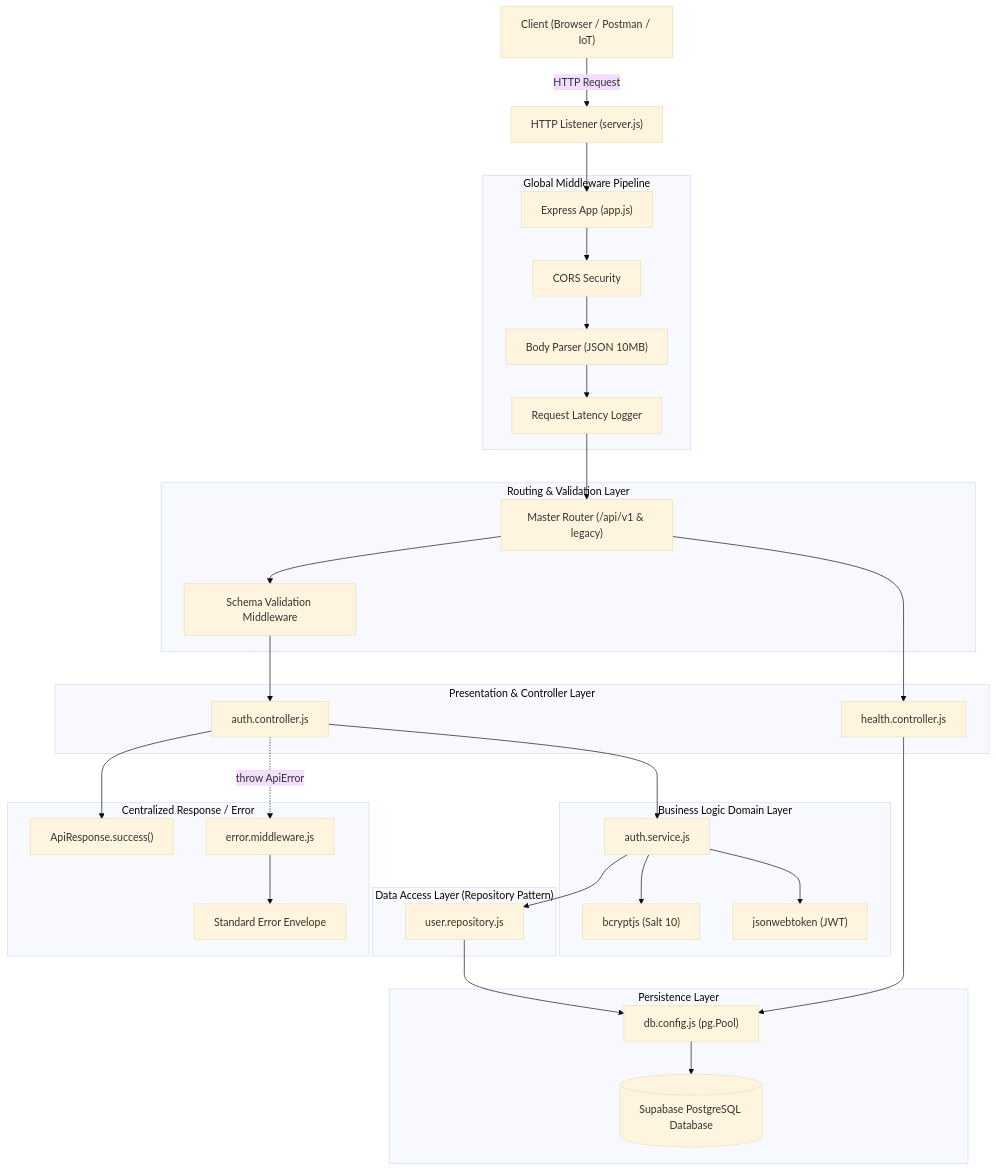
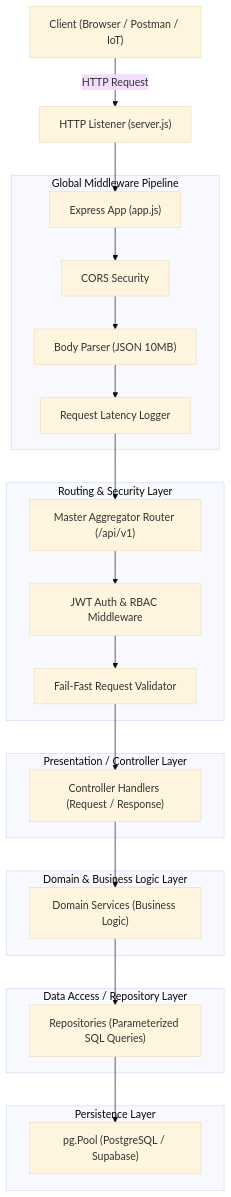
The diagram in tera-backend/README.md (adyvka31/TerasTani), drawn with Mermaid (base theme) before and after one commit. The commit also changed other lines of this file and 8 other files, not shown here.

````diff
--- a/tera-backend/README.md
+++ b/tera-backend/README.md
@@ -91,43 +126,33 @@
 ```mermaid
 flowchart TD
     Client["Client (Browser / Postman / IoT)"] -->|HTTP Request| Server["HTTP Listener (server.js)"]
     Server --> ExpressApp["Express App (app.js)"]
-    
+
     subgraph Middlewares ["Global Middleware Pipeline"]
         ExpressApp --> CORS["CORS Security"]
         CORS --> Parsers["Body Parser (JSON 10MB)"]
         Parsers --> Logger["Request Latency Logger"]
     end
-    
-    subgraph Routing ["Routing & Validation Layer"]
-        Logger --> MasterRouter["Master Router (/api/v1 & legacy)"]
-        MasterRouter --> ValMW["Schema Validation Middleware"]
+
+    subgraph Routing ["Routing & Security Layer"]
+        Logger --> Router["Master Aggregator Router (/api/v1)"]
+        Router --> AuthMW["JWT Auth & RBAC Middleware"]
+        AuthMW --> Validator["Fail-Fast Request Validator"]
     end
-    
-    subgraph Controllers ["Presentation & Controller Layer"]
-        ValMW --> AuthCtrl["auth.controller.js"]
-        MasterRouter --> HealthCtrl["health.controller.js"]
+
+    subgraph Controllers ["Presentation / Controller Layer"]
+        Validator --> Controller["Controller Handlers (Request / Response)"]
     end
-    
-    subgraph Services ["Business Logic Domain Layer"]
-        AuthCtrl --> AuthService["auth.service.js"]
-        AuthService --> Encrypt["bcryptjs (Salt 10)"]
-        AuthService --> TokenGen["jsonwebtoken (JWT)"]
+
+    subgraph Services ["Domain & Business Logic Layer"]
+        Controller --> Service["Domain Services (Business Logic)"]
     end
-    
-    subgraph Repositories ["Data Access Layer (Repository Pattern)"]
-        AuthService --> UserRepo["user.repository.js"]
+
+    subgraph Repositories ["Data Access / Repository Layer"]
+        Service --> Repo["Repositories (Parameterized SQL Queries)"]
     end
-    
+
     subgraph Database ["Persistence Layer"]
-        UserRepo --> DBConfig["db.config.js (pg.Pool)"]
-        HealthCtrl --> DBConfig
-        DBConfig --> Supabase[("Supabase PostgreSQL Database")]
-    end
-    
-    subgraph Handling ["Centralized Response / Error"]
-        AuthCtrl --> ResSuccess["ApiResponse.success()"]
-        AuthCtrl -.->|throw ApiError| ErrMW["error.middleware.js"]
-        ErrMW --> ResError["Standard Error Envelope"]
+        Repo --> Pool["pg.Pool (PostgreSQL / Supabase)"]
     end
 ```
````
